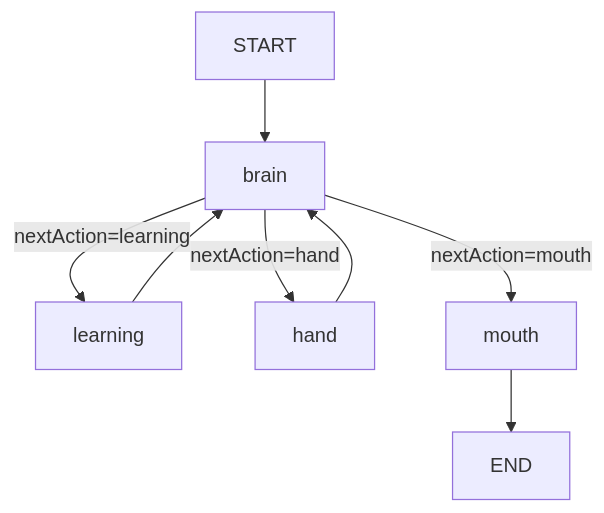
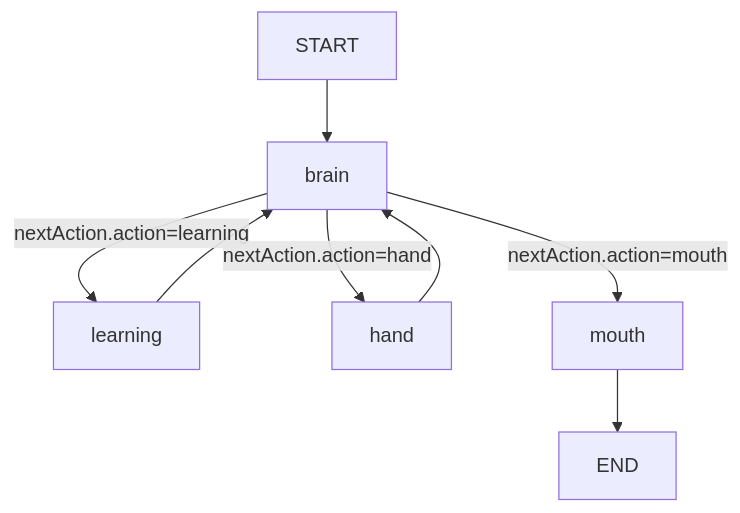
The second of 2 diagrams in doc/ai-design/architecture.md (Yoan98/Ncurator), drawn with Mermaid before and after one commit. The commit also changed other lines of this file and 6 other files, not shown here.

Commit message:
Clarify AI refactor docs and human architecture references

````diff
--- a/doc/ai-design/architecture.md
+++ b/doc/ai-design/architecture.md
@@ -70,10 +77,10 @@
 ```mermaid
 flowchart TD
     A["START"] --> B["brain"]
-    B -->|nextAction=learning| C["learning"]
-    B -->|nextAction=hand| D["hand"]
-    B -->|nextAction=mouth| E["mouth"]
+    B -->|nextAction.action=learning| C["learning"]
+    B -->|nextAction.action=hand| D["hand"]
+    B -->|nextAction.action=mouth| E["mouth"]
     C --> B
     D --> B
     E --> F["END"]
 ```
````
